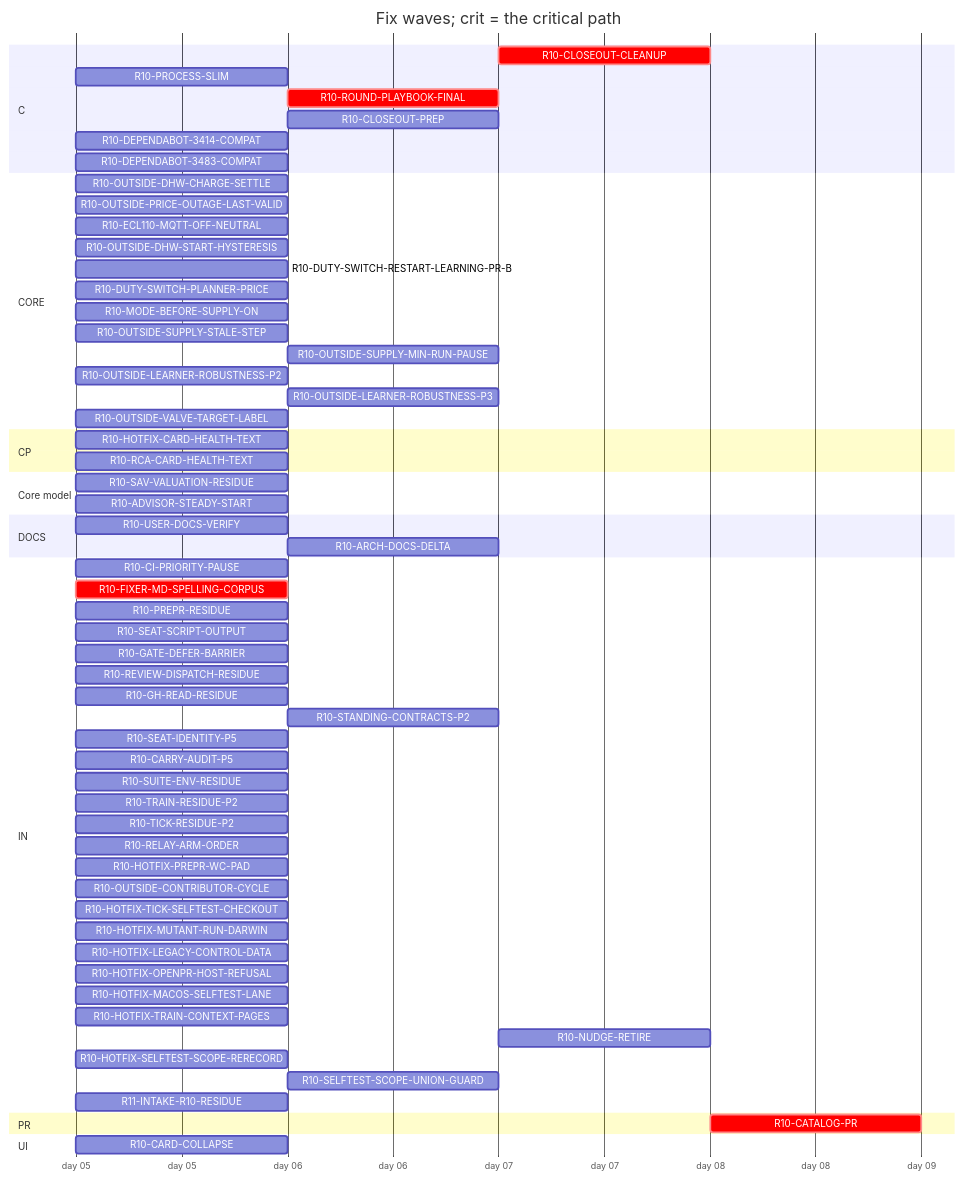
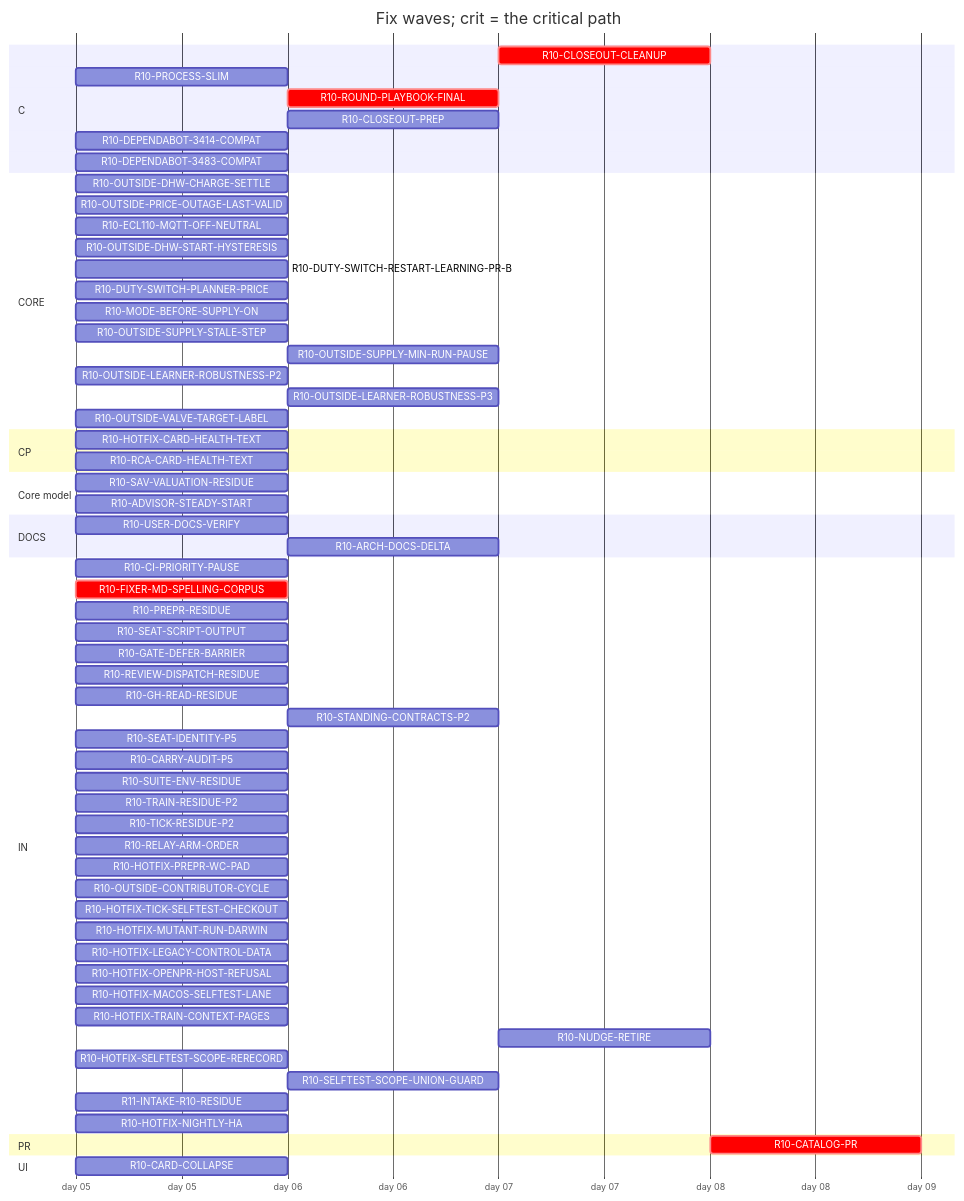
One commit to tvofi/heatpump_optimizer changed the diagram in handoff/round10/state/PLAN-TABLE.md. Above: the diagram before and after it, drawn with Mermaid. The commit also changed other lines of this file and 4 other files, not shown here.

Commit message:
state: FLOW-BOARD.md, NEXT-SESSION-PROMPT.md, PLAN-TABLE.md, PLAN.html, RESUME-CURRENT.md regenerated (state_docs.py)

````diff
--- a/handoff/round10/state/PLAN-TABLE.md
+++ b/handoff/round10/state/PLAN-TABLE.md
@@ -21,66 +21,67 @@
 ```mermaid
 gantt
   title Fix waves; crit = the critical path
   dateFormat YYYY-MM-DD
   axisFormat day %d
   section C
     R10-CLOSEOUT-CLEANUP :crit, r10CLOSEOUTCLEANUP, after r10USERDOCSVERIFY r10ROUNDPLAYBOOKFINAL r10CLOSEOUTPREP r10ARCHDOCSDELTA, 1d
     R10-PROCESS-SLIM :r10PROCESSSLIM, 2026-01-05, 1d
     R10-ROUND-PLAYBOOK-FINAL :crit, r10ROUNDPLAYBOOKFINAL, after r10FIXERMDSPELLINGCORPUS, 1d
     R10-CLOSEOUT-PREP :r10CLOSEOUTPREP, after r10FIXERMDSPELLINGCORPUS, 1d
     R10-DEPENDABOT-3414-COMPAT :r10DEPENDABOT3414COMPAT, 2026-01-05, 1d
     R10-DEPENDABOT-3483-COMPAT :r10DEPENDABOT3483COMPAT, 2026-01-05, 1d
   section CORE
     R10-OUTSIDE-DHW-CHARGE-SETTLE :r10OUTSIDEDHWCHARGESETTLE, 2026-01-05, 1d
     R10-OUTSIDE-PRICE-OUTAGE-LAST-VALID :r10OUTSIDEPRICEOUTAGELASTVALID, 2026-01-05, 1d
     R10-ECL110-MQTT-OFF-NEUTRAL :r10ECL110MQTTOFFNEUTRAL, 2026-01-05, 1d
     R10-OUTSIDE-DHW-START-HYSTERESIS :r10OUTSIDEDHWSTARTHYSTERESIS, 2026-01-05, 1d
     R10-DUTY-SWITCH-RESTART-LEARNING-PR-B :r10DUTYSWITCHRESTARTLEARNINGPRB, 2026-01-05, 1d
     R10-DUTY-SWITCH-PLANNER-PRICE :r10DUTYSWITCHPLANNERPRICE, 2026-01-05, 1d
     R10-MODE-BEFORE-SUPPLY-ON :r10MODEBEFORESUPPLYON, 2026-01-05, 1d
     R10-OUTSIDE-SUPPLY-STALE-STEP :r10OUTSIDESUPPLYSTALESTEP, 2026-01-05, 1d
     R10-OUTSIDE-SUPPLY-MIN-RUN-PAUSE :r10OUTSIDESUPPLYMINRUNPAUSE, after r10OUTSIDESUPPLYSTALESTEP, 1d
     R10-OUTSIDE-LEARNER-ROBUSTNESS-P2 :r10OUTSIDELEARNERROBUSTNESSP2, 2026-01-05, 1d
     R10-OUTSIDE-LEARNER-ROBUSTNESS-P3 :r10OUTSIDELEARNERROBUSTNESSP3, after r10OUTSIDELEARNERROBUSTNESSP2, 1d
     R10-OUTSIDE-VALVE-TARGET-LABEL :r10OUTSIDEVALVETARGETLABEL, 2026-01-05, 1d
   section CP
     R10-HOTFIX-CARD-HEALTH-TEXT :r10HOTFIXCARDHEALTHTEXT, 2026-01-05, 1d
     R10-RCA-CARD-HEALTH-TEXT :r10RCACARDHEALTHTEXT, 2026-01-05, 1d
   section Core model
     R10-SAV-VALUATION-RESIDUE :r10SAVVALUATIONRESIDUE, 2026-01-05, 1d
     R10-ADVISOR-STEADY-START :r10ADVISORSTEADYSTART, 2026-01-05, 1d
   section DOCS
     R10-USER-DOCS-VERIFY :r10USERDOCSVERIFY, 2026-01-05, 1d
     R10-ARCH-DOCS-DELTA :r10ARCHDOCSDELTA, after r10SAVVALUATIONRESIDUE r10ADVISORSTEADYSTART r10PROCESSSLIM, 1d
   section IN
     R10-CI-PRIORITY-PAUSE :r10CIPRIORITYPAUSE, 2026-01-05, 1d
     R10-FIXER-MD-SPELLING-CORPUS :crit, r10FIXERMDSPELLINGCORPUS, 2026-01-05, 1d
     R10-PREPR-RESIDUE :r10PREPRRESIDUE, 2026-01-05, 1d
     R10-SEAT-SCRIPT-OUTPUT :r10SEATSCRIPTOUTPUT, 2026-01-05, 1d
     R10-GATE-DEFER-BARRIER :r10GATEDEFERBARRIER, 2026-01-05, 1d
     R10-REVIEW-DISPATCH-RESIDUE :r10REVIEWDISPATCHRESIDUE, 2026-01-05, 1d
     R10-GH-READ-RESIDUE :r10GHREADRESIDUE, 2026-01-05, 1d
     R10-STANDING-CONTRACTS-P2 :r10STANDINGCONTRACTSP2, after r10FIXERMDSPELLINGCORPUS, 1d
     R10-SEAT-IDENTITY-P5 :r10SEATIDENTITYP5, 2026-01-05, 1d
     R10-CARRY-AUDIT-P5 :r10CARRYAUDITP5, 2026-01-05, 1d
     R10-SUITE-ENV-RESIDUE :r10SUITEENVRESIDUE, 2026-01-05, 1d
     R10-TRAIN-RESIDUE-P2 :r10TRAINRESIDUEP2, 2026-01-05, 1d
     R10-TICK-RESIDUE-P2 :r10TICKRESIDUEP2, 2026-01-05, 1d
     R10-RELAY-ARM-ORDER :r10RELAYARMORDER, 2026-01-05, 1d
     R10-HOTFIX-PREPR-WC-PAD :r10HOTFIXPREPRWCPAD, 2026-01-05, 1d
     R10-OUTSIDE-CONTRIBUTOR-CYCLE :r10OUTSIDECONTRIBUTORCYCLE, 2026-01-05, 1d
     R10-HOTFIX-TICK-SELFTEST-CHECKOUT :r10HOTFIXTICKSELFTESTCHECKOUT, 2026-01-05, 1d
     R10-HOTFIX-MUTANT-RUN-DARWIN :r10HOTFIXMUTANTRUNDARWIN, 2026-01-05, 1d
     R10-HOTFIX-LEGACY-CONTROL-DATA :r10HOTFIXLEGACYCONTROLDATA, 2026-01-05, 1d
     R10-HOTFIX-OPENPR-HOST-REFUSAL :r10HOTFIXOPENPRHOSTREFUSAL, 2026-01-05, 1d
     R10-HOTFIX-MACOS-SELFTEST-LANE :r10HOTFIXMACOSSELFTESTLANE, 2026-01-05, 1d
     R10-HOTFIX-TRAIN-CONTEXT-PAGES :r10HOTFIXTRAINCONTEXTPAGES, 2026-01-05, 1d
     R10-NUDGE-RETIRE :r10NUDGERETIRE, after r10ROUNDPLAYBOOKFINAL, 1d
     R10-HOTFIX-SELFTEST-SCOPE-RERECORD :r10HOTFIXSELFTESTSCOPERERECORD, 2026-01-05, 1d
     R10-SELFTEST-SCOPE-UNION-GUARD :r10SELFTESTSCOPEUNIONGUARD, after r10HOTFIXSELFTESTSCOPERERECORD, 1d
     R11-INTAKE-R10-RESIDUE :r11INTAKER10RESIDUE, 2026-01-05, 1d
+    R10-HOTFIX-NIGHTLY-HA :r10HOTFIXNIGHTLYHA, 2026-01-05, 1d
   section PR
     R10-CATALOG-PR :crit, r10CATALOGPR, after r10USERDOCSVERIFY r10ROUNDPLAYBOOKFINAL r10CLOSEOUTCLEANUP r10CLOSEOUTPREP r10ARCHDOCSDELTA, 1d
   section UI
     R10-CARD-COLLAPSE :r10CARDCOLLAPSE, 2026-01-05, 1d
 ```
````
